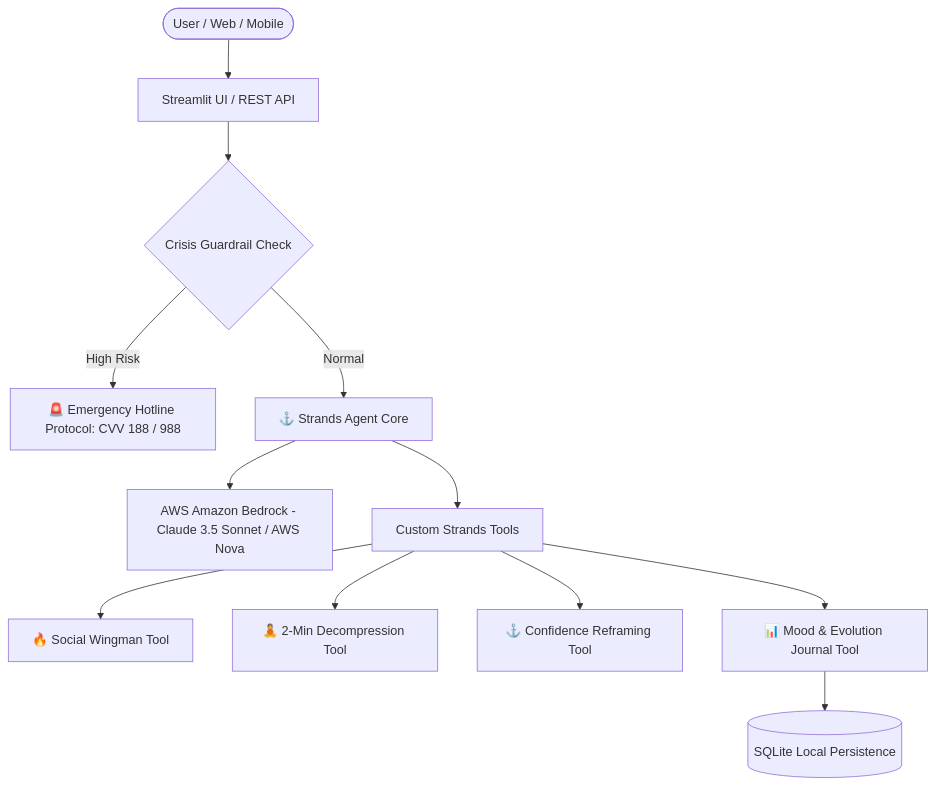
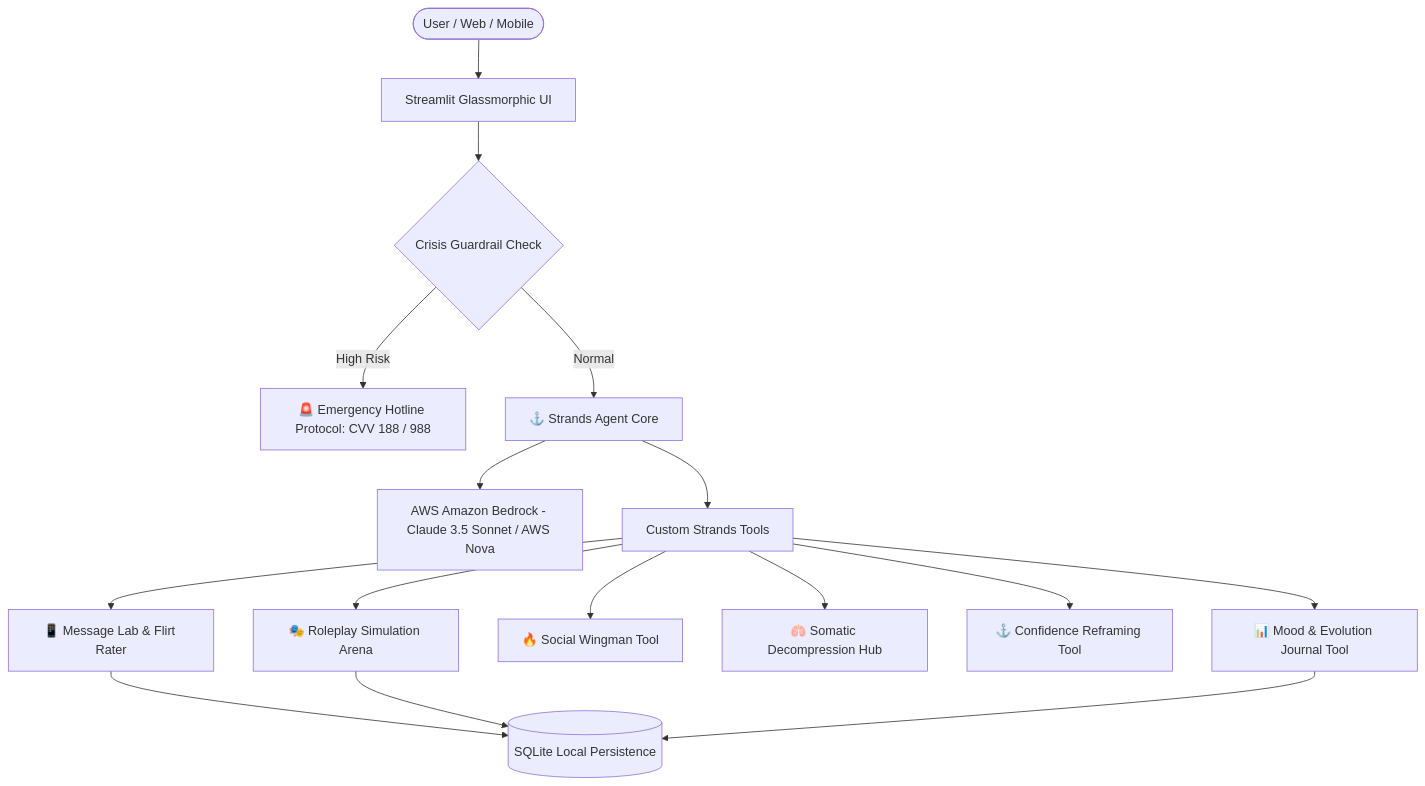
The diagram in README.md (janlucascc/ancora-ai), drawn with Mermaid before and after one commit. The commit also changed other lines of this file and 7 other files, not shown here.

Commit message:
feat: enhance Ancora AI with Message Lab, Roleplay Arena, Visual Breathing, Soundscapes and Analytics

````diff
--- a/README.md
+++ b/README.md
@@ -22,18 +24,19 @@
 ```mermaid
 flowchart TD
-    User([User / Web / Mobile]) --> UI[Streamlit UI / REST API]
-    Guardrail{Crisis Guardrail Check}
-    UI --> Guardrail
+    User([User / Web / Mobile]) --> UI[Streamlit Glassmorphic UI]
+    UI --> Guardrail{Crisis Guardrail Check}
     Guardrail -- High Risk --> Emergency[🚨 Emergency Hotline Protocol: CVV 188 / 988]
     Guardrail -- Normal --> StrandsAgent[⚓ Strands Agent Core]
     
     StrandsAgent --> Bedrock[AWS Amazon Bedrock - Claude 3.5 Sonnet / AWS Nova]
     StrandsAgent --> Tools[Custom Strands Tools]
     
-    Tools --> T1[🔥 Social Wingman Tool]
-    Tools --> T2[🧘 2-Min Decompression Tool]
-    Tools --> T3[⚓ Confidence Reframing Tool]
-    Tools --> T4[📊 Mood & Evolution Journal Tool]
+    Tools --> T1[📱 Message Lab & Flirt Rater]
+    Tools --> T2[🎭 Roleplay Simulation Arena]
+    Tools --> T3[🔥 Social Wingman Tool]
+    Tools --> T4[🫁 Somatic Decompression Hub]
+    Tools --> T5[⚓ Confidence Reframing Tool]
+    Tools --> T6[📊 Mood & Evolution Journal Tool]
     
-    T4 --> SQLite[(SQLite Local Persistence)]
+    T1 & T2 & T6 --> SQLite[(SQLite Local Persistence)]
 ```
````
